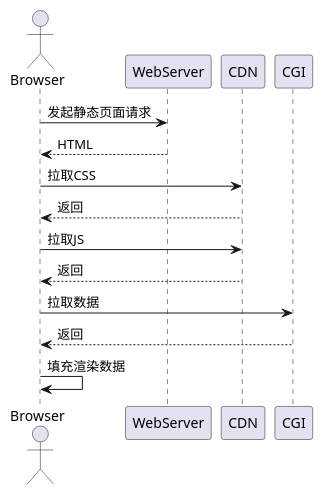
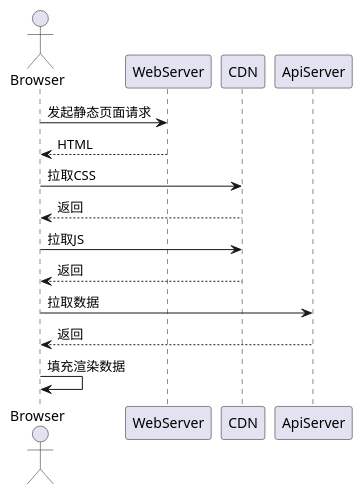
One commit to bingqichen/cnode-react changed the first of 3 diagrams in docs/服务端渲染.md. Above: the diagram before and after it, drawn with PlantUML. The commit also changed other lines of this file and 7 other files, not shown here.

````diff
--- a/docs/服务端渲染.md
+++ b/docs/服务端渲染.md
@@ -20,14 +20,14 @@
 ```plantuml
 @startuml
 actor Browser
 Browser -> WebServer: 发起静态页面请求
 Browser <-- WebServer: HTML
 Browser -> CDN: 拉取CSS
 Browser <-- CDN: 返回
 Browser -> CDN: 拉取JS
 Browser <-- CDN: 返回
-Browser -> CGI: 拉取数据
-Browser <-- CGI: 返回
+Browser -> ApiServer: 拉取数据
+Browser <-- ApiServer: 返回
 Browser -> Browser: 填充渲染数据
 @enduml
 ```
````
